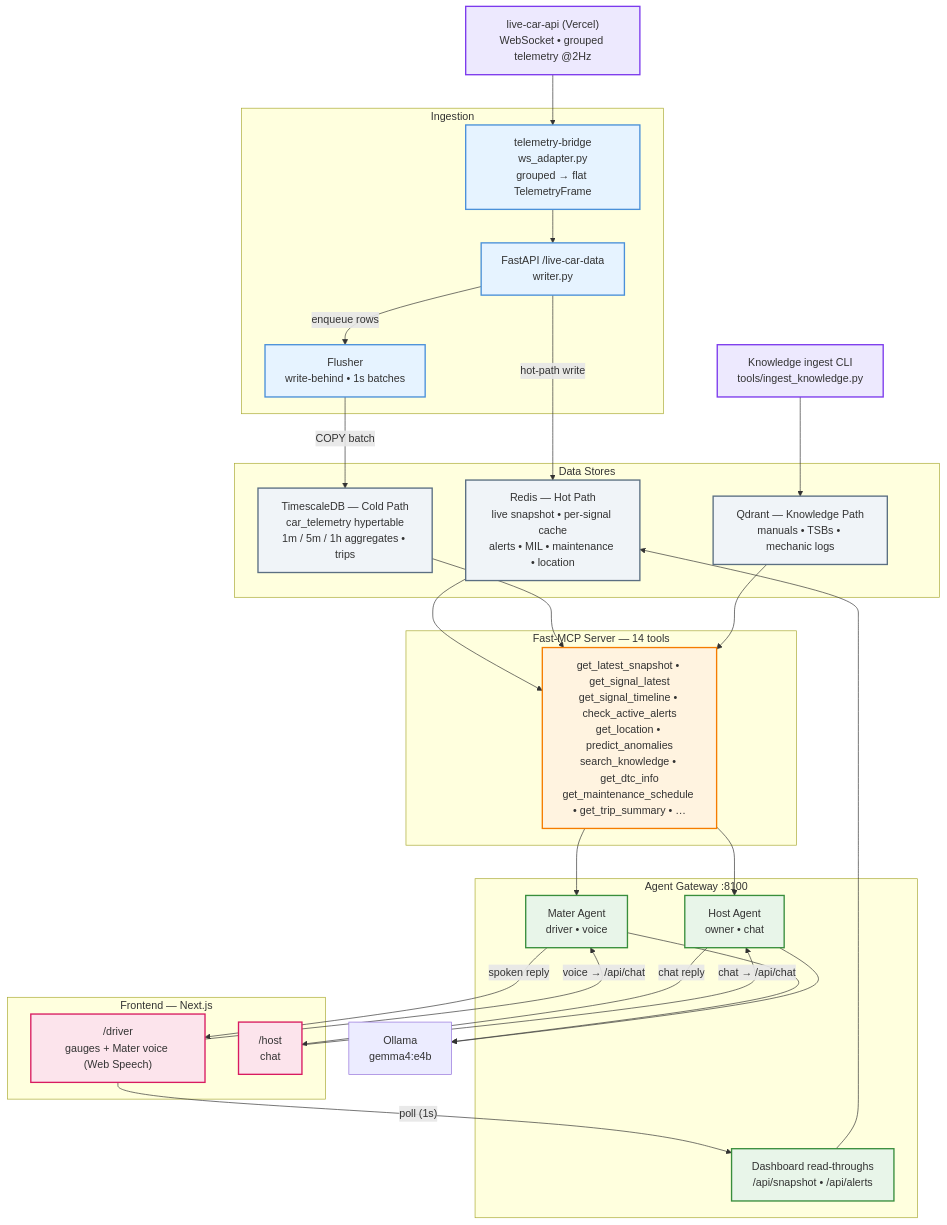
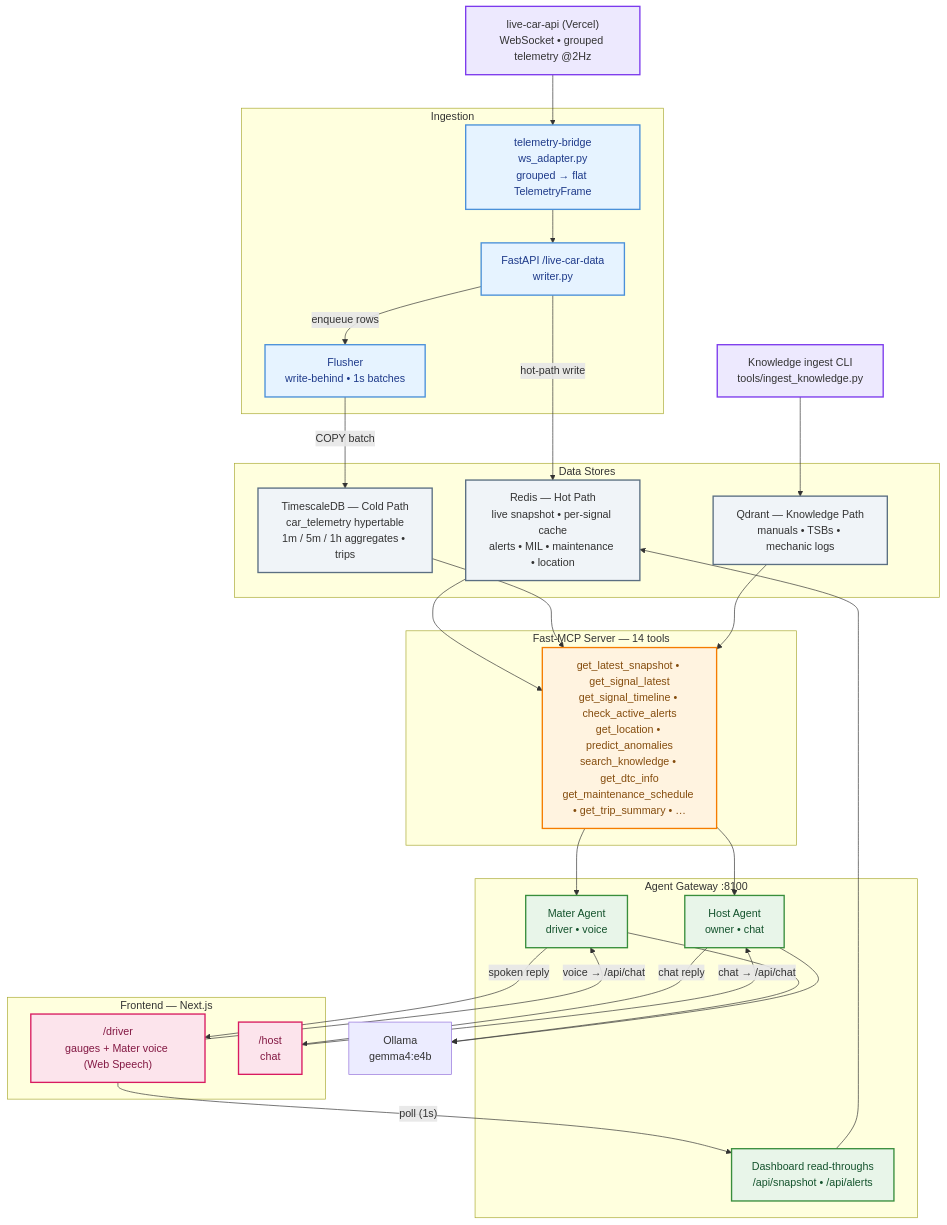
The diagram in README.md (Vasu1712/mater), drawn with Mermaid before and after one commit.

````diff
--- a/README.md
+++ b/README.md
@@ -11,79 +11,79 @@
 ```mermaid
 flowchart TB
 
     feed["live-car-api (Vercel)<br/>WebSocket • grouped telemetry @2Hz"]
 
     %% ── Ingestion Layer ──
     subgraph INGESTION["Ingestion"]
         bridge["telemetry-bridge<br/>ws_adapter.py<br/>grouped → flat TelemetryFrame"]
         api["FastAPI /live-car-data<br/>writer.py"]
         flusher["Flusher<br/>write-behind • 1s batches"]
     end
 
     knowledge["Knowledge ingest CLI<br/>tools/ingest_knowledge.py"]
 
     %% ── Data Stores ──
     subgraph STORES["Data Stores"]
         redis["Redis — Hot Path<br/>live snapshot • per-signal cache<br/>alerts • MIL • maintenance • location"]
         tsdb["TimescaleDB — Cold Path<br/>car_telemetry hypertable<br/>1m / 5m / 1h aggregates • trips"]
         qdrant["Qdrant — Knowledge Path<br/>manuals • TSBs • mechanic logs"]
     end
 
     %% ── MCP Layer ──
     subgraph MCP["Fast-MCP Server — 14 tools"]
         tools["get_latest_snapshot • get_signal_latest<br/>get_signal_timeline • check_active_alerts<br/>get_location • predict_anomalies<br/>search_knowledge • get_dtc_info<br/>get_maintenance_schedule • get_trip_summary • …"]
     end
 
     %% ── Agent Gateway ──
     subgraph AGENTS["Agent Gateway :8100"]
         mater["Mater Agent<br/>driver • voice"]
         host["Host Agent<br/>owner • chat"]
         reads["Dashboard read-throughs<br/>/api/snapshot • /api/alerts"]
     end
 
     ollama["Ollama<br/>gemma4:e4b"]
 
     %% ── Interfaces ──
     subgraph UI["Frontend — Next.js"]
         driver["/driver<br/>gauges + Mater voice (Web Speech)"]
         hostui["/host<br/>chat"]
     end
 
     %% ── Flows ──
     feed --> bridge --> api
     api -->|hot-path write| redis
     api -->|enqueue rows| flusher
     flusher -->|COPY batch| tsdb
     knowledge --> qdrant
 
     redis --> tools
     tsdb --> tools
     qdrant --> tools
 
     tools --> mater
     tools --> host
     mater --> ollama
     host --> ollama
     reads --> redis
 
     driver -->|"poll (1s)"| reads
     driver -->|"voice → /api/chat"| mater
     hostui -->|"chat → /api/chat"| host
     mater -->|spoken reply| driver
     host -->|chat reply| hostui
 
-    %% ── Styling ──
-    classDef src fill:#ede9fe,stroke:#7c3aed,stroke-width:2px
-    classDef ingestion fill:#e6f3ff,stroke:#4a90d9,stroke-width:2px
-    classDef store fill:#f0f4f8,stroke:#5b6f82,stroke-width:2px
-    classDef mcp fill:#fff3e0,stroke:#f57c00,stroke-width:2px
-    classDef agent fill:#e8f5e9,stroke:#388e3c,stroke-width:2px
-    classDef ui fill:#fce4ec,stroke:#d81b60,stroke-width:2px
+%% ── Styling ──
+    classDef src fill:#ede9fe,stroke:#7c3aed,stroke-width:2px,color:#333333
+    classDef ingestion fill:#e6f3ff,stroke:#4a90d9,stroke-width:2px,color:#1e3a8a
+    classDef store fill:#f0f4f8,stroke:#5b6f82,stroke-width:2px,color:#333333
+    classDef mcp fill:#fff3e0,stroke:#f57c00,stroke-width:2px,color:#854d0e
+    classDef agent fill:#e8f5e9,stroke:#388e3c,stroke-width:2px,color:#14532d
+    classDef ui fill:#fce4ec,stroke:#d81b60,stroke-width:2px,color:#831843
 
     class feed,knowledge src
     class bridge,api,flusher ingestion
     class redis,tsdb,qdrant store
     class tools mcp
     class mater,host,reads agent
     class driver,hostui ui
 ```
````
